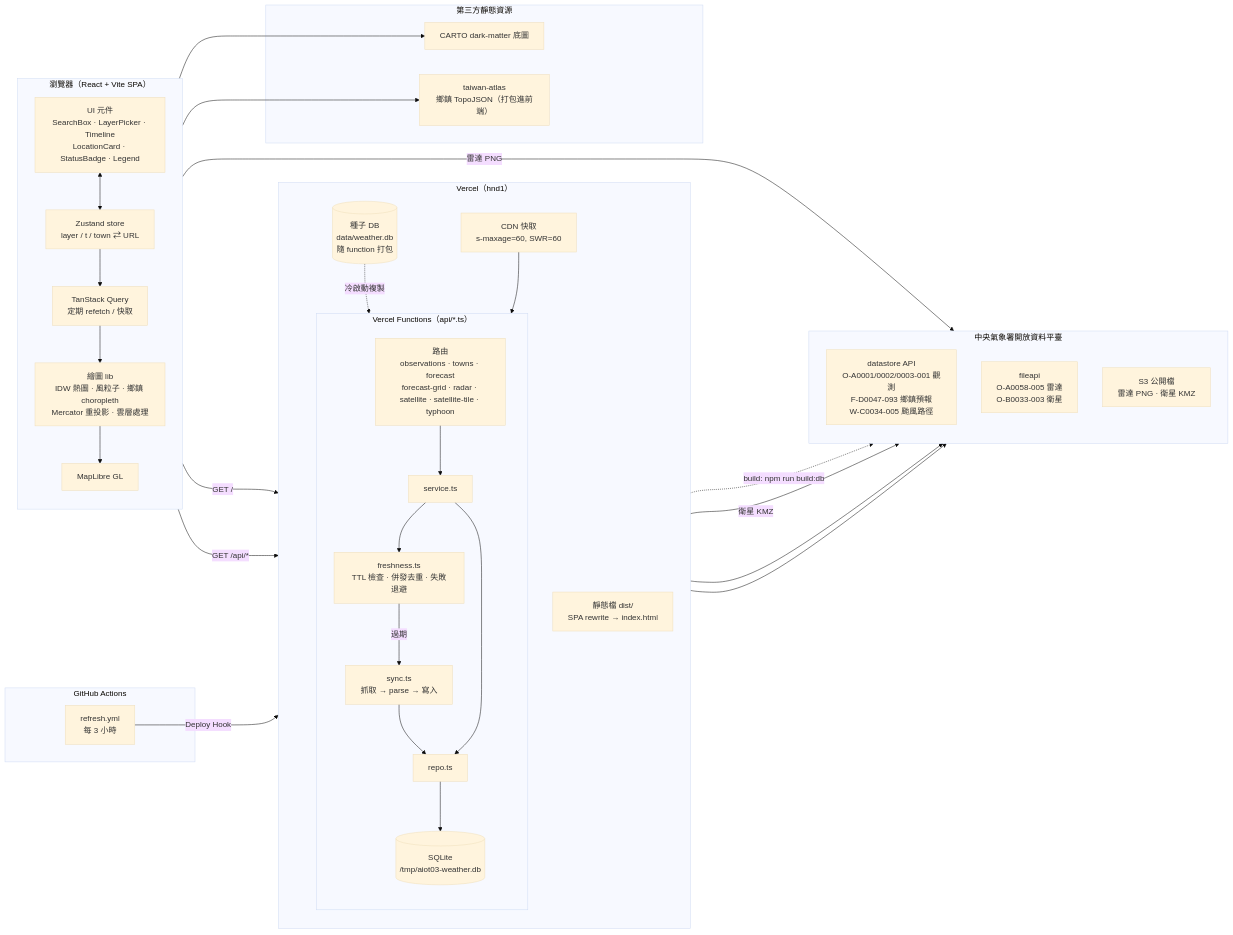
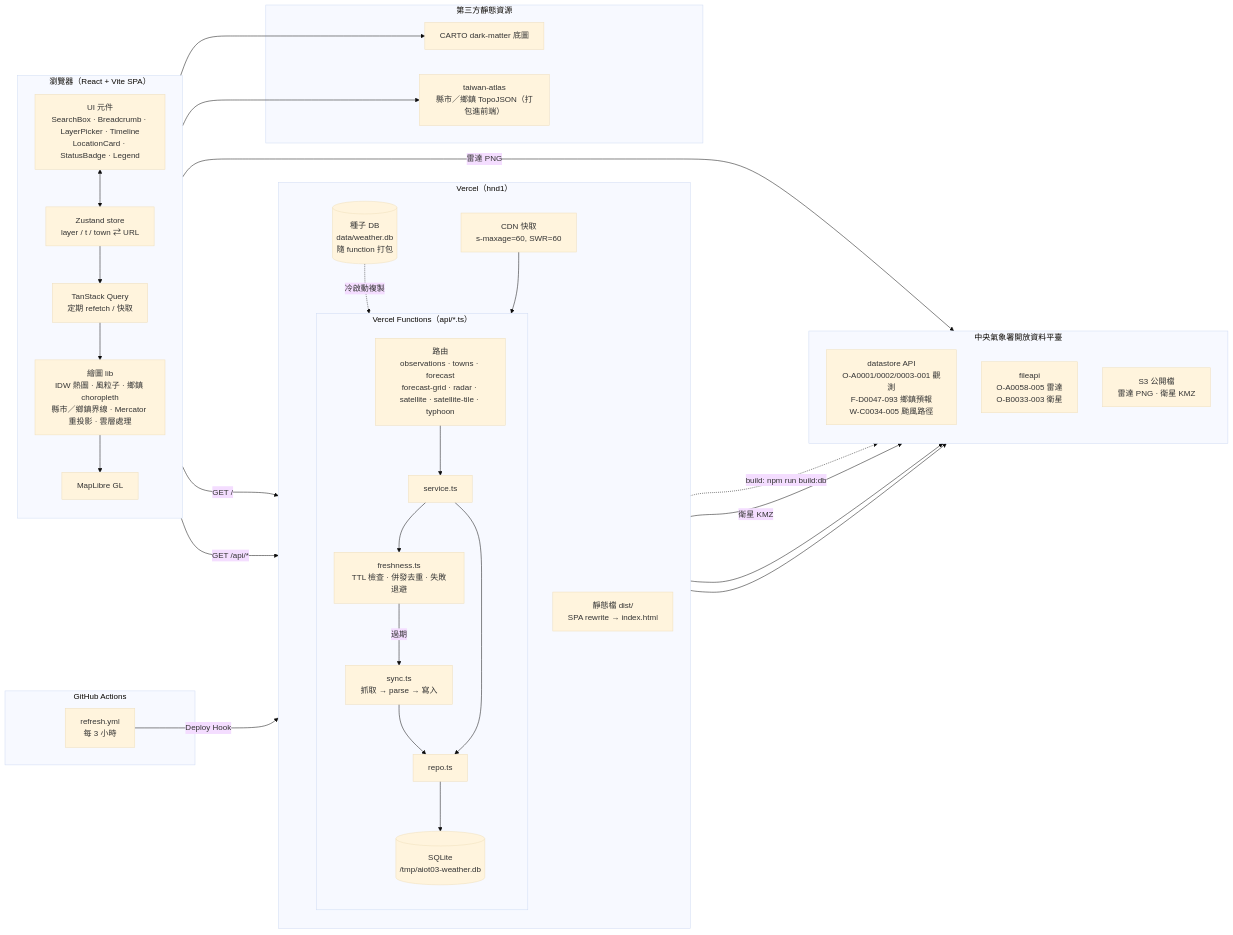
Before and after one commit to anjyuelee/aiot03: the first of 3 diagrams in README.md, drawn with Mermaid (base theme). The commit also changed other lines of this file, not shown here.

Commit message:
docs: describe boundaries and county drill-down in readme
README 尚未提到新加入的縣市／鄉鎮界線與逐層選取，讀者
會以為點地圖仍是直接選鄉鎮；補上功能說明並同步架構圖中
的元件與資料來源。

The README did not mention the new county/township borders or
the drill-down selection, so readers would assume a map click
still picks a township directly. Document both and sync the
components and data sources in the architecture diagram.

````diff
--- a/README.md
+++ b/README.md
@@ -36,62 +38,62 @@
 ```mermaid
 flowchart LR
   subgraph Browser["瀏覽器（React + Vite SPA）"]
     direction TB
-    UI["UI 元件<br/>SearchBox · LayerPicker · Timeline<br/>LocationCard · StatusBadge · Legend"]
+    UI["UI 元件<br/>SearchBox · Breadcrumb · LayerPicker · Timeline<br/>LocationCard · StatusBadge · Legend"]
     Store["Zustand store<br/>layer / t / town ⇄ URL"]
     Query["TanStack Query<br/>定期 refetch / 快取"]
-    Render["繪圖 lib<br/>IDW 熱圖 · 風粒子 · 鄉鎮 choropleth<br/>Mercator 重投影 · 雲層處理"]
+    Render["繪圖 lib<br/>IDW 熱圖 · 風粒子 · 鄉鎮 choropleth<br/>縣市／鄉鎮界線 · Mercator 重投影 · 雲層處理"]
     Map["MapLibre GL"]
     UI <--> Store
     Store --> Query
     Query --> Render --> Map
   end
 
   subgraph Vercel["Vercel（hnd1）"]
     direction TB
     Static["靜態檔 dist/<br/>SPA rewrite → index.html"]
     CDN["CDN 快取<br/>s-maxage=60, SWR=60"]
     subgraph Fn["Vercel Functions（api/*.ts）"]
       direction TB
       API["路由<br/>observations · towns · forecast<br/>forecast-grid · radar · satellite · satellite-tile · typhoon"]
       Service["service.ts"]
       Fresh["freshness.ts<br/>TTL 檢查 · 併發去重 · 失敗退避"]
       Sync["sync.ts<br/>抓取 → parse → 寫入"]
       Repo["repo.ts"]
       TmpDB[("SQLite<br/>/tmp/aiot03-weather.db")]
       API --> Service --> Fresh
       Fresh -- 過期 --> Sync --> Repo
       Service --> Repo --> TmpDB
     end
     Seed[("種子 DB<br/>data/weather.db<br/>隨 function 打包")]
     Seed -. 冷啟動複製 .-> TmpDB
     CDN --> API
   end
 
   subgraph CWA["中央氣象署開放資料平臺"]
     direction TB
     DS["datastore API<br/>O-A0001/0002/0003-001 觀測<br/>F-D0047-093 鄉鎮預報<br/>W-C0034-005 颱風路徑"]
     FA["fileapi<br/>O-A0058-005 雷達<br/>O-B0033-003 衛星"]
     S3["S3 公開檔<br/>雷達 PNG · 衛星 KMZ"]
   end
 
   subgraph Ext["第三方靜態資源"]
     Carto["CARTO dark-matter 底圖"]
-    Atlas["taiwan-atlas<br/>鄉鎮 TopoJSON（打包進前端）"]
+    Atlas["taiwan-atlas<br/>縣市／鄉鎮 TopoJSON（打包進前端）"]
   end
 
   subgraph CI["GitHub Actions"]
     Cron["refresh.yml<br/>每 3 小時"]
   end
 
   Browser -- "GET /" --> Static
   Query -- "GET /api/*" --> CDN
   Map --> Carto
   Render --> Atlas
   Render -- "雷達 PNG" --> S3
   Sync --> DS
   Sync --> FA
   Sync -- "衛星 KMZ" --> S3
   Cron -- "Deploy Hook" --> Vercel
   Vercel -. "build: npm run build:db" .-> CWA
 ```
````
